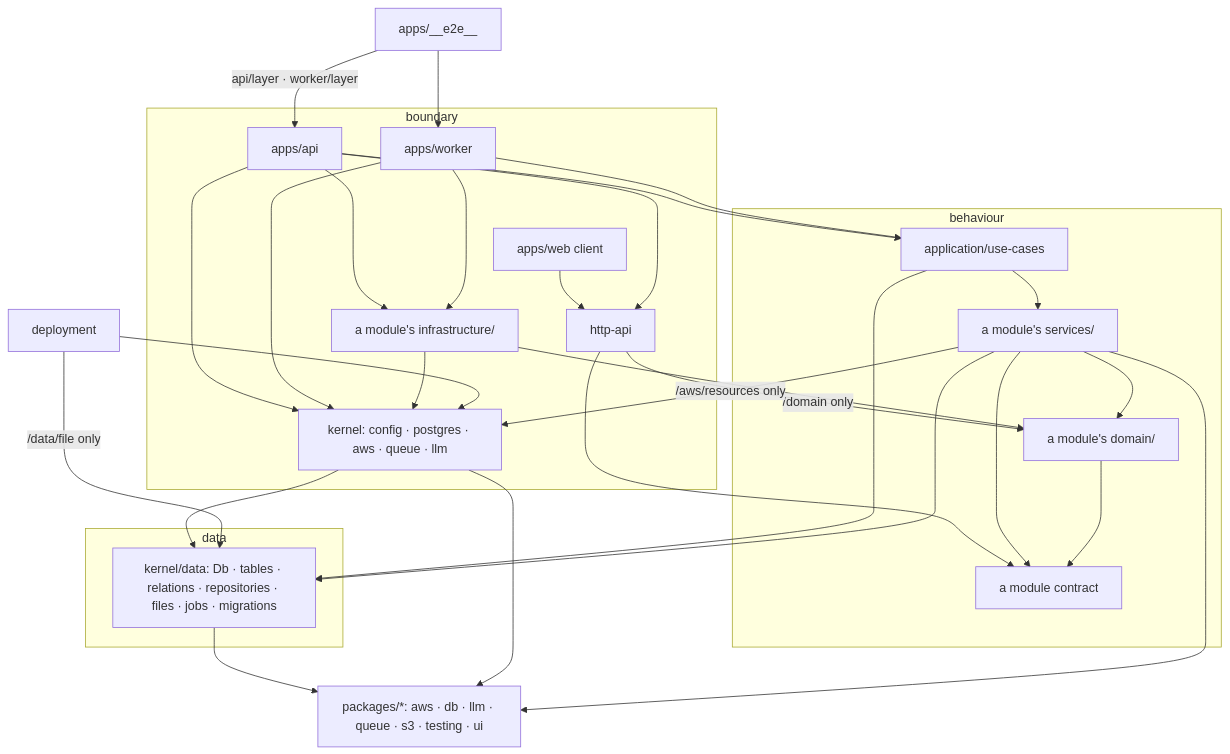
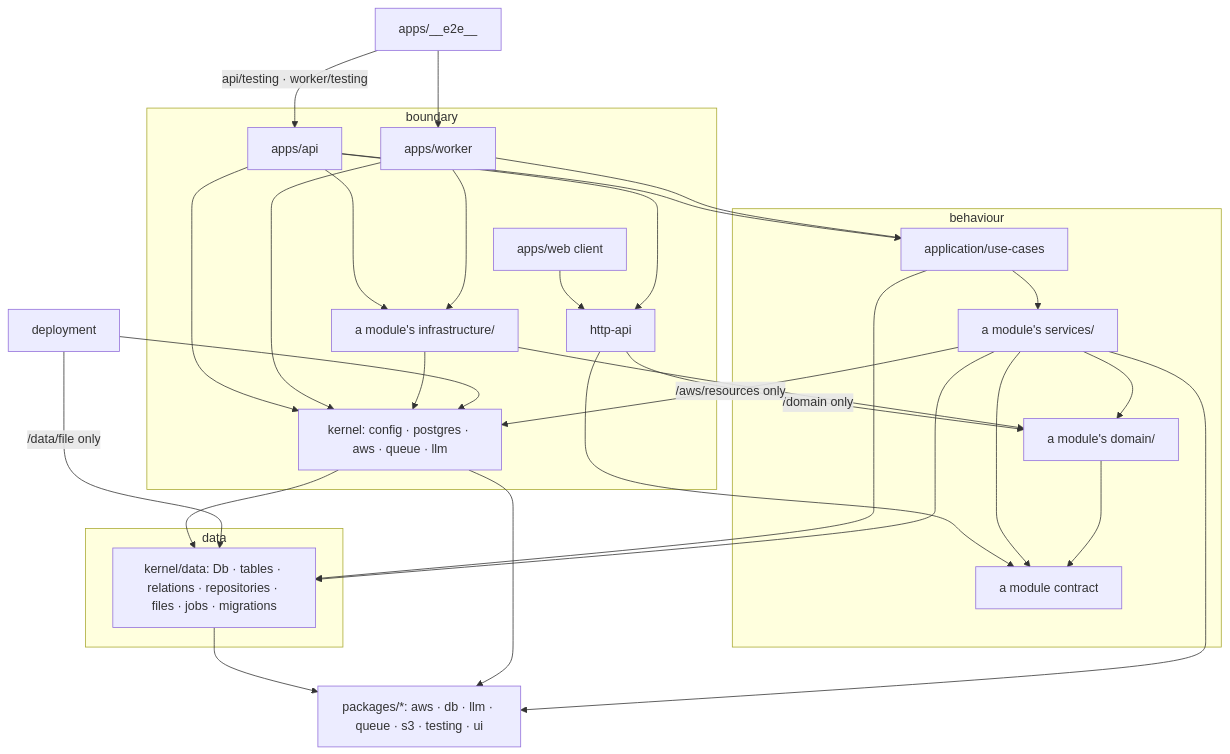
One commit to khotei/app-template changed the diagram in docs/knowledge/architecture.md. Above: the diagram before and after it, drawn with Mermaid. The commit also changed other lines of this file and 10 other files, not shown here.

````diff
--- a/docs/knowledge/architecture.md
+++ b/docs/knowledge/architecture.md
@@ -36,47 +36,47 @@
 ```mermaid
 graph TD
   subgraph boundary["boundary"]
     web["apps/web client"]
     api["apps/api"]
     worker["apps/worker"]
     httpApi["http-api"]
     kernelOut["kernel: config · postgres · aws · queue · llm"]
     infra["a module's infrastructure/"]
   end
   subgraph behaviour["behaviour"]
     useCases["application/use-cases"]
     services["a module's services/"]
     domain["a module's domain/"]
     contract["a module contract"]
   end
   subgraph data["data"]
     db["kernel/data: Db · tables · relations · repositories · files · jobs · migrations"]
   end
   web --> httpApi
   api --> httpApi
   api --> useCases
   api --> infra
   api --> kernelOut
   worker --> useCases
   worker --> infra
   worker --> kernelOut
   httpApi -->|"/domain only"| domain
   httpApi --> contract
   useCases --> services
   useCases --> db
   infra --> domain
   infra --> kernelOut
   services --> domain
   services --> db
   services --> contract
   services -->|"/aws/resources only"| kernelOut
   domain --> contract
   kernelOut --> db
   db --> packages["packages/*: aws · db · llm · queue · s3 · testing · ui"]
   kernelOut --> packages
   services --> packages
   deployment --> kernelOut
   deployment -->|"/data/file only"| db
-  e2e["apps/__e2e__"] -->|"api/layer · worker/layer"| api
+  e2e["apps/__e2e__"] -->|"api/testing · worker/testing"| api
   e2e --> worker
 ```
````
